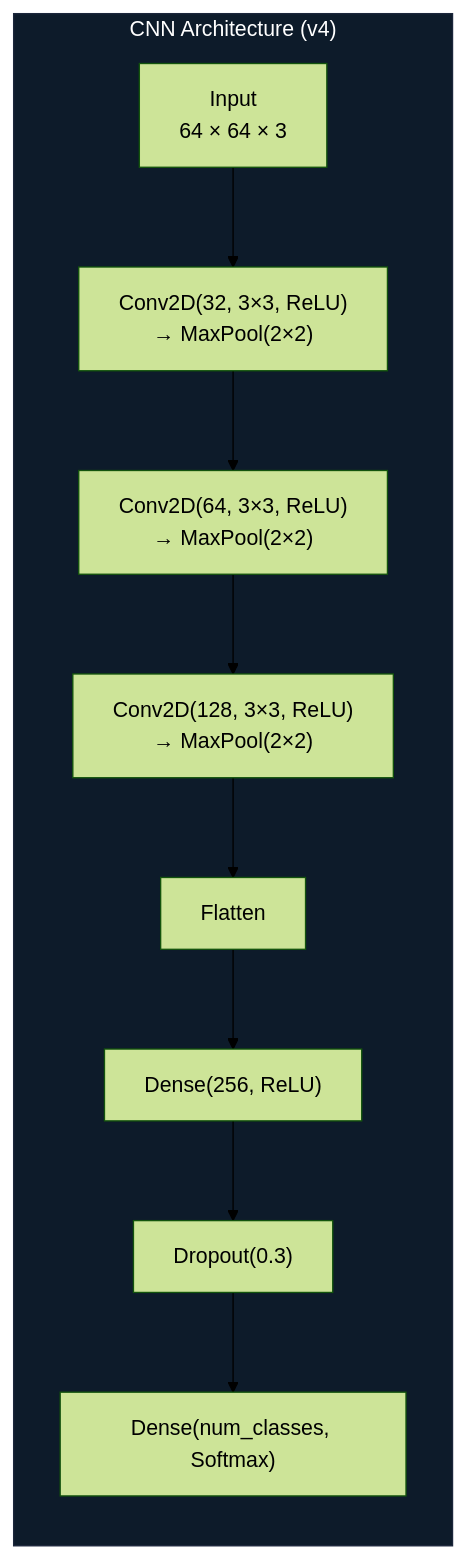
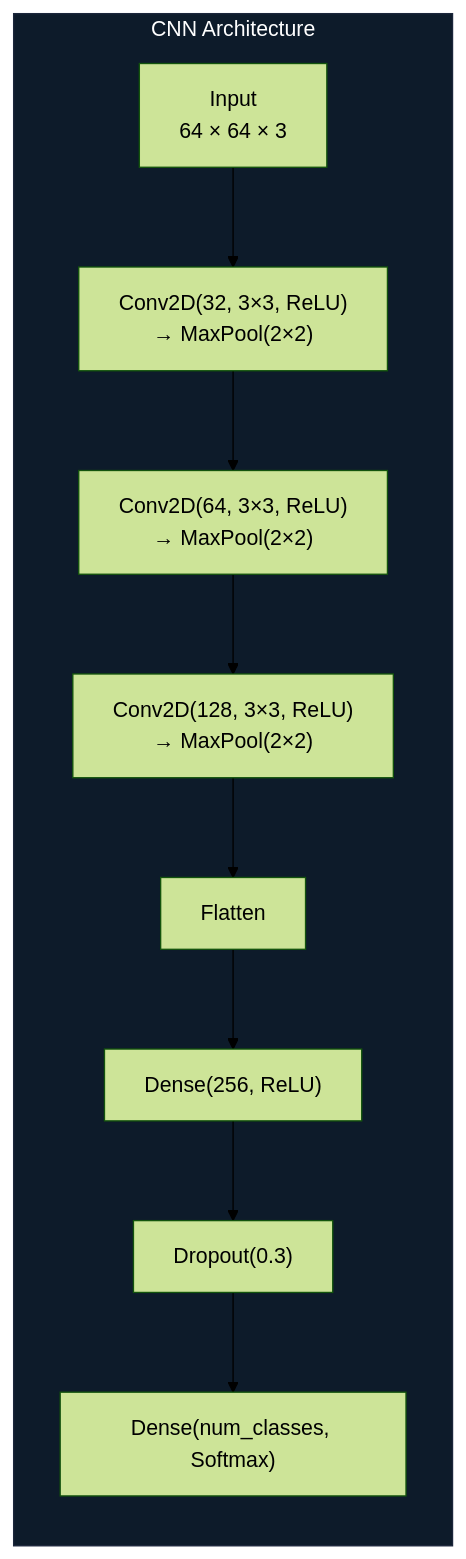
One commit to InvictusRex/Fulcrum changed the third of 11 diagrams in README.md. Above: the diagram before and after it, drawn with Mermaid (forest theme). The commit also changed other lines of this file, not shown here.

Commit message:
docs: Updated README.md to reflect current progression & future roadmap

````diff
--- a/README.md
+++ b/README.md
@@ -148,15 +115,15 @@
 ```mermaid
 graph TD
-    subgraph CNN_ARCH ["CNN Architecture (v4)"]
+    subgraph CNN_ARCH ["CNN Architecture"]
         direction TB
         IN["Input<br/>64 × 64 × 3"] --> C1["Conv2D(32, 3×3, ReLU)<br/>→ MaxPool(2×2)"]
         C1 --> C2["Conv2D(64, 3×3, ReLU)<br/>→ MaxPool(2×2)"]
         C2 --> C3["Conv2D(128, 3×3, ReLU)<br/>→ MaxPool(2×2)"]
         C3 --> FL["Flatten"]
         FL --> D1["Dense(256, ReLU)"]
         D1 --> DR["Dropout(0.3)"]
         DR --> OUT["Dense(num_classes, Softmax)"]
     end
 
     style CNN_ARCH fill:#0d1b2a,stroke:#1b263b,color:#fff
 ```
````
